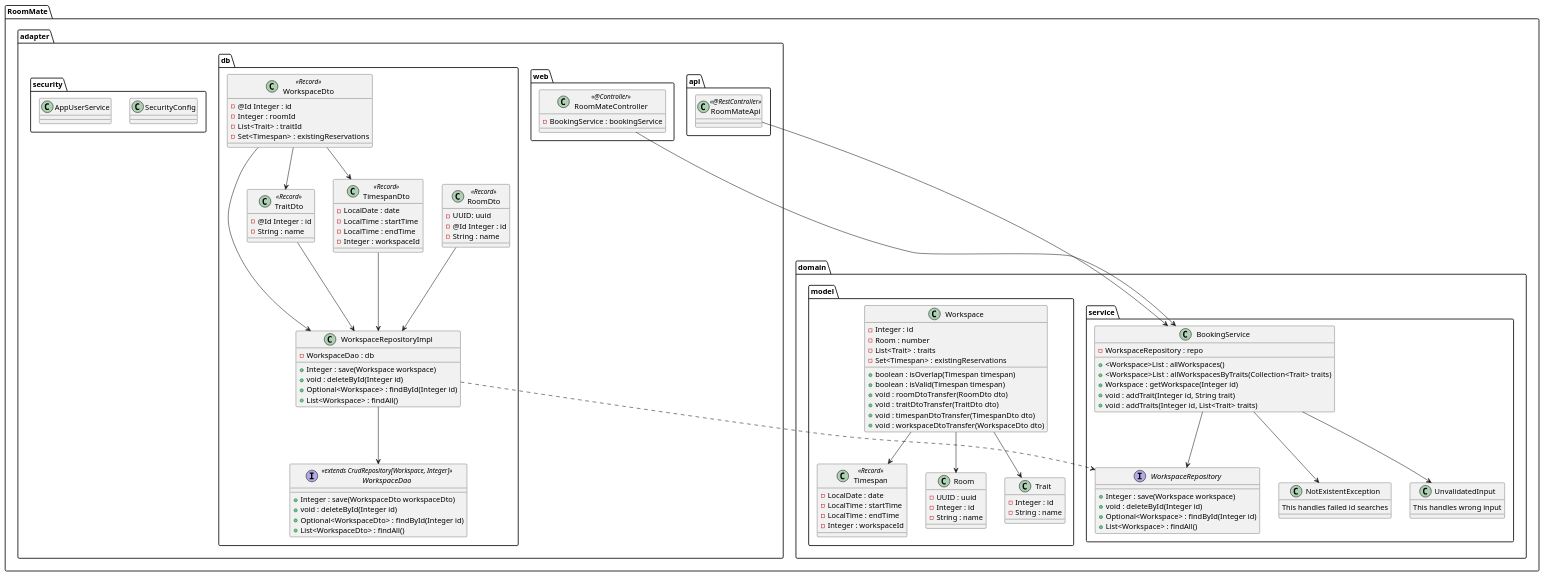
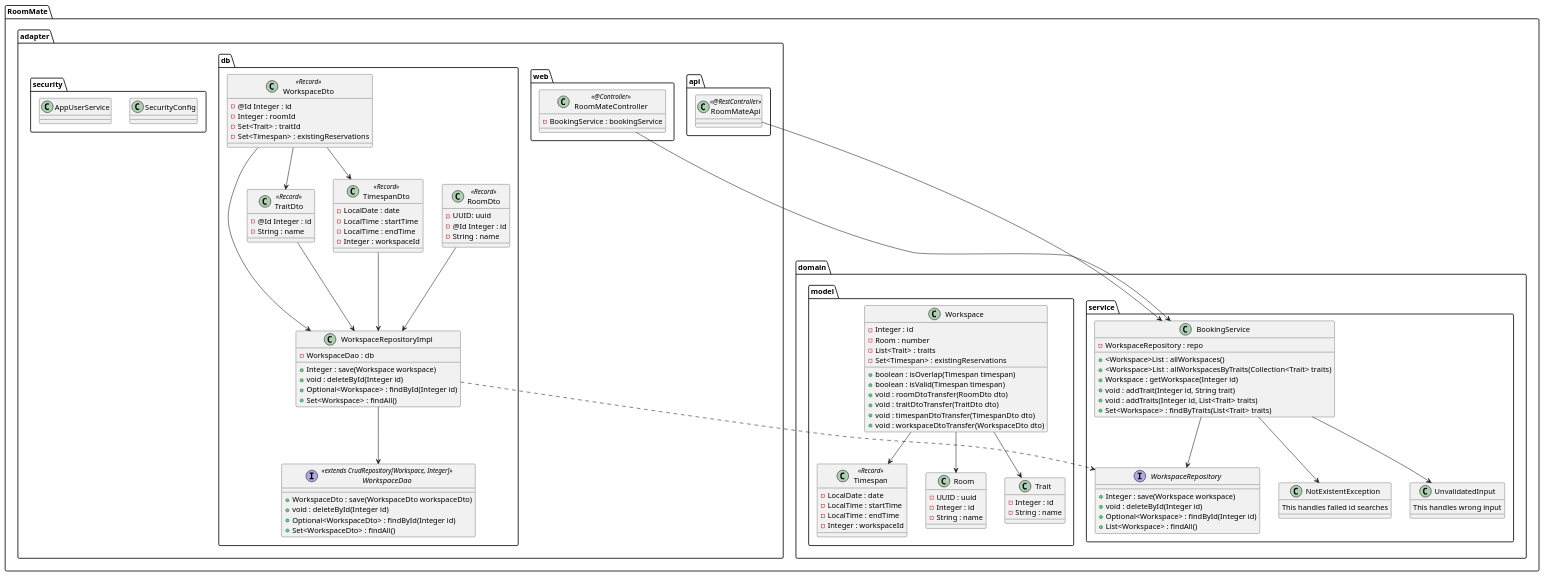
Before and after one commit to Asveste/RoomMate: the diagram in aufbau.puml, drawn with PlantUML. The commit also changed 4 other files, not shown here.

Commit message:
Update Plant-UML aufbau.puml

```diff
--- a/aufbau.puml
+++ b/aufbau.puml
@@ -1,162 +1,163 @@
 @startuml
 'https://plantuml.com/class-diagram
 
 package RoomMate{
 
 
 package adapter{
 
     package web{
 
         class RoomMateController << @Controller >>{
             - BookingService : bookingService
         }
 
     }
 
     package db{
 
         class WorkspaceRepositoryImpl{
             - WorkspaceDao : db
             + Integer : save(Workspace workspace)
             + void : deleteById(Integer id)
             + Optional<Workspace> : findById(Integer id)
-            + List<Workspace> : findAll()
+            + Set<Workspace> : findAll()
         }
         interface WorkspaceDao << extends CrudRepository[Workspace, Integer] >>{
-            + Integer : save(WorkspaceDto workspaceDto)
+            + WorkspaceDto : save(WorkspaceDto workspaceDto)
             + void : deleteById(Integer id)
             + Optional<WorkspaceDto> : findById(Integer id)
-            + List<WorkspaceDto> : findAll()
+            + Set<WorkspaceDto> : findAll()
         }
         class RoomDto << Record >> {
             - UUID: uuid
             - @Id Integer : id
             - String : name
         }
         class TraitDto << Record >> {
             - @Id Integer : id
             - String : name
         }
         class TimespanDto << Record >> {
             - LocalDate : date
             - LocalTime : startTime
             - LocalTime : endTime
             - Integer : workspaceId
         }
         class WorkspaceDto << Record >> {
             - @Id Integer : id
             - Integer : roomId
-            - List<Trait> : traitId
+            - Set<Trait> : traitId
             - Set<Timespan> : existingReservations
         }
 
     }
 
     package api{
 
         class RoomMateApi << @RestController >>{}
 
     }
 
     package security{
 
         class SecurityConfig{}
         class AppUserService{}
 
     }
 
 }
 
 package domain{
 
     package service{
 
         interface WorkspaceRepository{
             + Integer : save(Workspace workspace)
             + void : deleteById(Integer id)
             + Optional<Workspace> : findById(Integer id)
             + List<Workspace> : findAll()
         }
         class BookingService{
             - WorkspaceRepository : repo
             + <Workspace>List : allWorkspaces()
             + <Workspace>List : allWorkspacesByTraits(Collection<Trait> traits)
             + Workspace : getWorkspace(Integer id)
             + void : addTrait(Integer id, String trait)
             + void : addTraits(Integer id, List<Trait> traits)
+            + Set<Workspace> : findByTraits(List<Trait> traits)
         }
         class NotExistentException{
             This handles failed id searches
         }
         class UnvalidatedInput{
             This handles wrong input
         }
 
     }
 
     package model{
 
         class Room{
             - UUID : uuid
             - Integer : id
             - String : name
         }
         class Trait{
             - Integer : id
             - String : name
         }
         class Timespan << Record >> {
             - LocalDate : date
             - LocalTime : startTime
             - LocalTime : endTime
             - Integer : workspaceId
         }
         class Workspace{
             - Integer : id
             - Room : number
             - List<Trait> : traits
             - Set<Timespan> : existingReservations
             + boolean : isOverlap(Timespan timespan)
             + boolean : isValid(Timespan timespan)
             + void : roomDtoTransfer(RoomDto dto)
             + void : traitDtoTransfer(TraitDto dto)
             + void : timespanDtoTransfer(TimespanDto dto)
             + void : workspaceDtoTransfer(WorkspaceDto dto)
         }
 
     }
 
 }
 
 'Adapter - api
 RoomMateApi --> BookingService
 
 'Adapter - web
 RoomMateController --> BookingService
 
 'Adapter - db
 WorkspaceRepositoryImpl ..> WorkspaceRepository
 WorkspaceRepositoryImpl --> WorkspaceDao
 
 WorkspaceDto --> TraitDto
 WorkspaceDto --> TimespanDto
 
 RoomDto --> WorkspaceRepositoryImpl
 TraitDto --> WorkspaceRepositoryImpl
 TimespanDto --> WorkspaceRepositoryImpl
 WorkspaceDto --> WorkspaceRepositoryImpl
 
 'Domain - Application Service
 BookingService --> WorkspaceRepository
 BookingService --> NotExistentException
 BookingService --> UnvalidatedInput
 
 'Domain - Model
 Workspace --> Room
 Workspace --> Trait
 Workspace --> Timespan
 
 }
 
 @enduml
```
